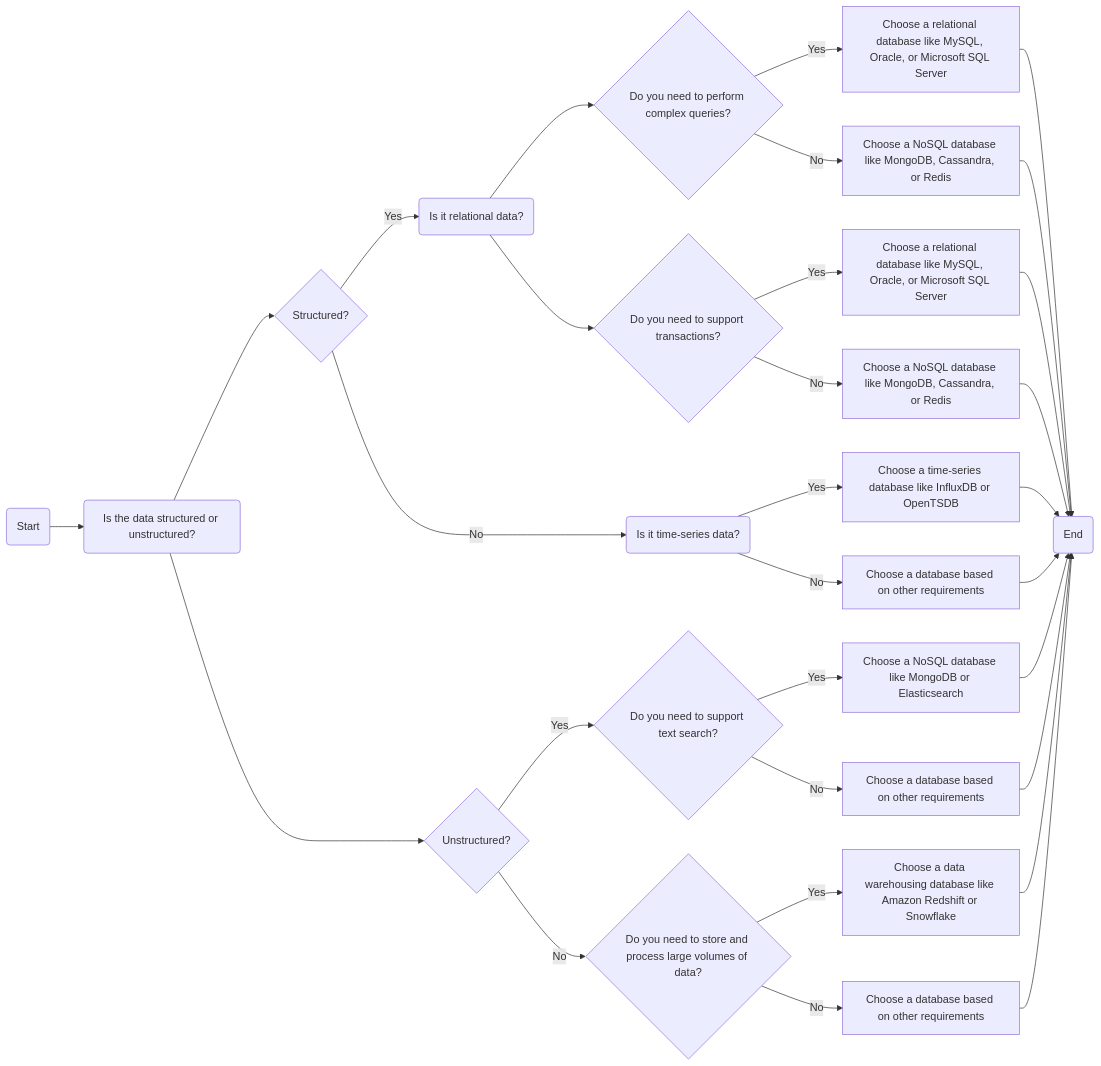
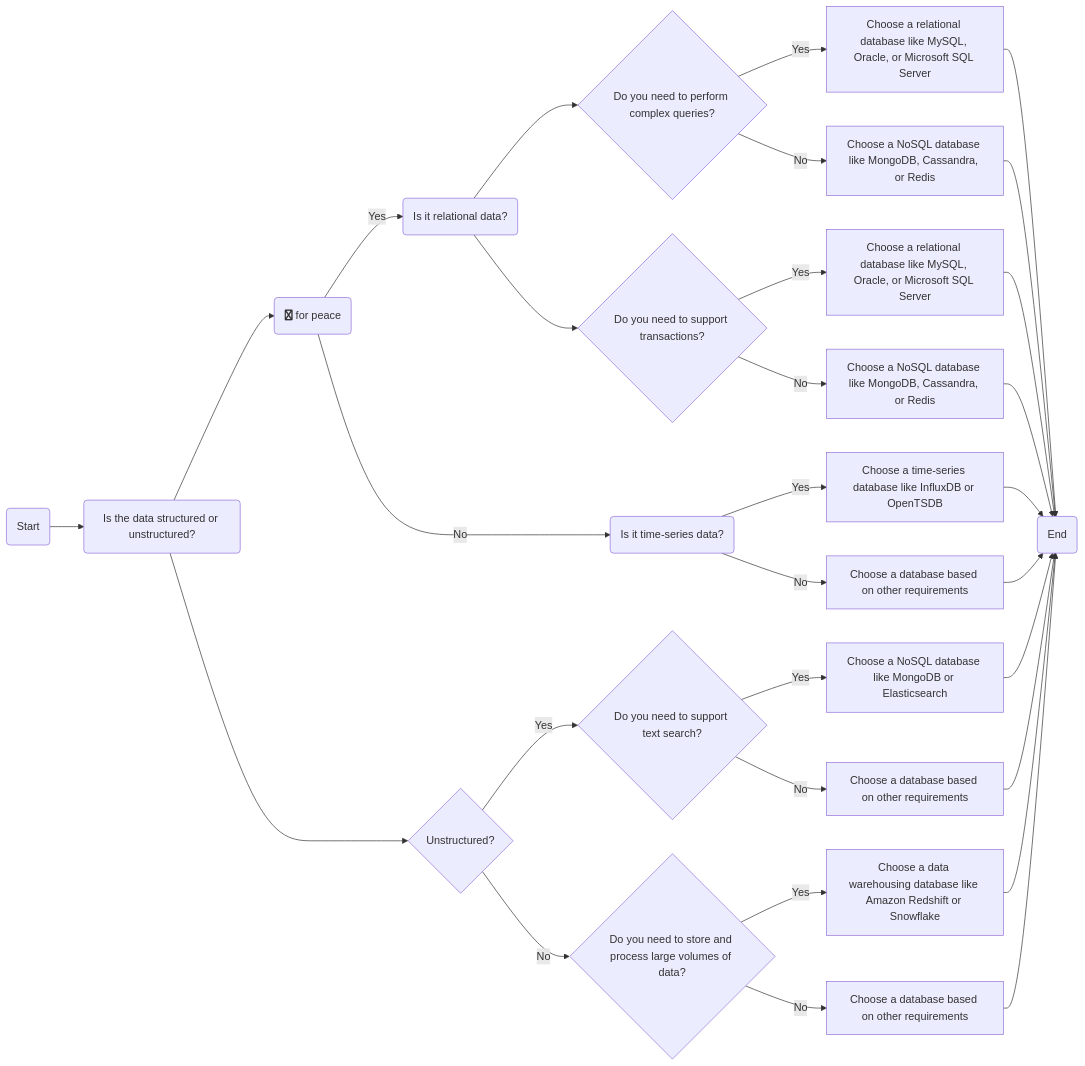
One commit to anuragsingh1987/staging changed the diagram in test.md. Above: the diagram before and after it, drawn with Mermaid.

````diff
--- a/test.md
+++ b/test.md
@@ -1,32 +1,32 @@
 ```mermaid
 graph LR
     A(Start) --> B(Is the data structured or unstructured?)
-    B --> C{Structured?}
+    B --> C("fa:fa-twitter for peace")
     C --> |Yes| D(Is it relational data?)
     D --> E{Do you need to perform complex queries?}
     E --> |Yes| F[Choose a relational database like MySQL, Oracle, or Microsoft SQL Server]
     E --> |No| G[Choose a NoSQL database like MongoDB, Cassandra, or Redis]
     D --> H{Do you need to support transactions?}
     H --> |Yes| I[Choose a relational database like MySQL, Oracle, or Microsoft SQL Server]
     H --> |No| J[Choose a NoSQL database like MongoDB, Cassandra, or Redis]
     C --> |No| K(Is it time-series data?)
     K --> |Yes| L[Choose a time-series database like InfluxDB or OpenTSDB]
     K --> |No| M[Choose a database based on other requirements]
     B --> N{Unstructured?}
     N --> |Yes| O{Do you need to support text search?}
     O --> |Yes| P[Choose a NoSQL database like MongoDB or Elasticsearch]
     O --> |No| Q[Choose a database based on other requirements]
     N --> |No| R{Do you need to store and process large volumes of data?}
     R --> |Yes| S[Choose a data warehousing database like Amazon Redshift or Snowflake]
     R --> |No| T[Choose a database based on other requirements]
     T --> Z(End)
     Q --> Z(End)
     S --> Z(End)
     F --> Z(End)
     G --> Z(End)
     I --> Z(End)
     J --> Z(End)
     L --> Z(End)
     P --> Z(End)
     M --> Z(End)
 ```
````
